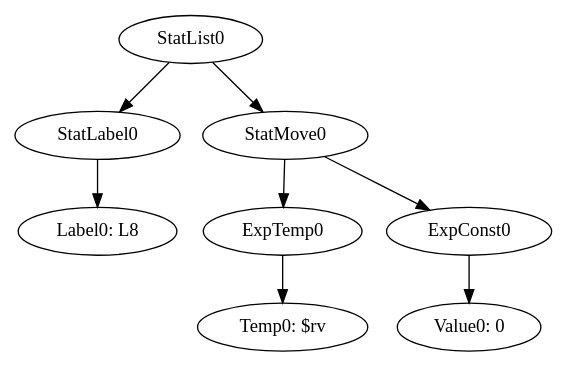
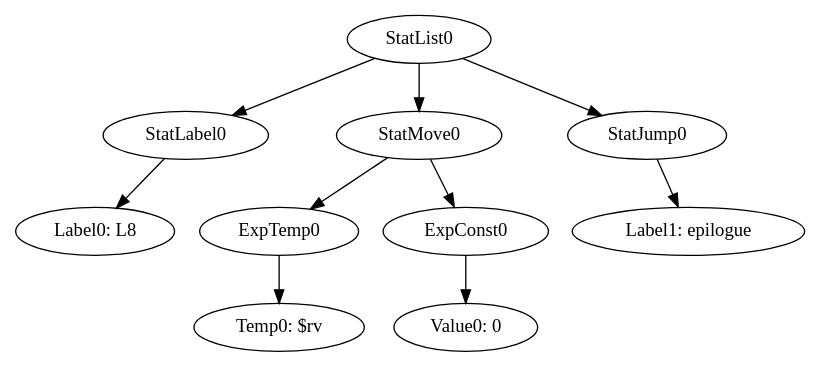
The diagram in MiniJava/results/SamplesCorrect/BubbleSort/BBS@Sort/blocks/2.gv (team-compilers/compilers), drawn with Graphviz before and after one commit. The commit also changed 194 other files, not shown here.

```diff
--- a/MiniJava/results/SamplesCorrect/BubbleSort/BBS@Sort/blocks/2.gv
+++ b/MiniJava/results/SamplesCorrect/BubbleSort/BBS@Sort/blocks/2.gv
@@ -1,10 +1,12 @@
 digraph {
 	ordering = out;
+	StatJump0 -> "Label1: epilogue";
 	ExpConst0 -> "Value0: 0";
 	StatLabel0 -> "Label0: L8";
 	StatList0 -> StatLabel0;
 	StatList0 -> StatMove0;
+	StatList0 -> StatJump0;
 	ExpTemp0 -> "Temp0: $rv";
 	StatMove0 -> ExpTemp0;
 	StatMove0 -> ExpConst0;
 }
```
